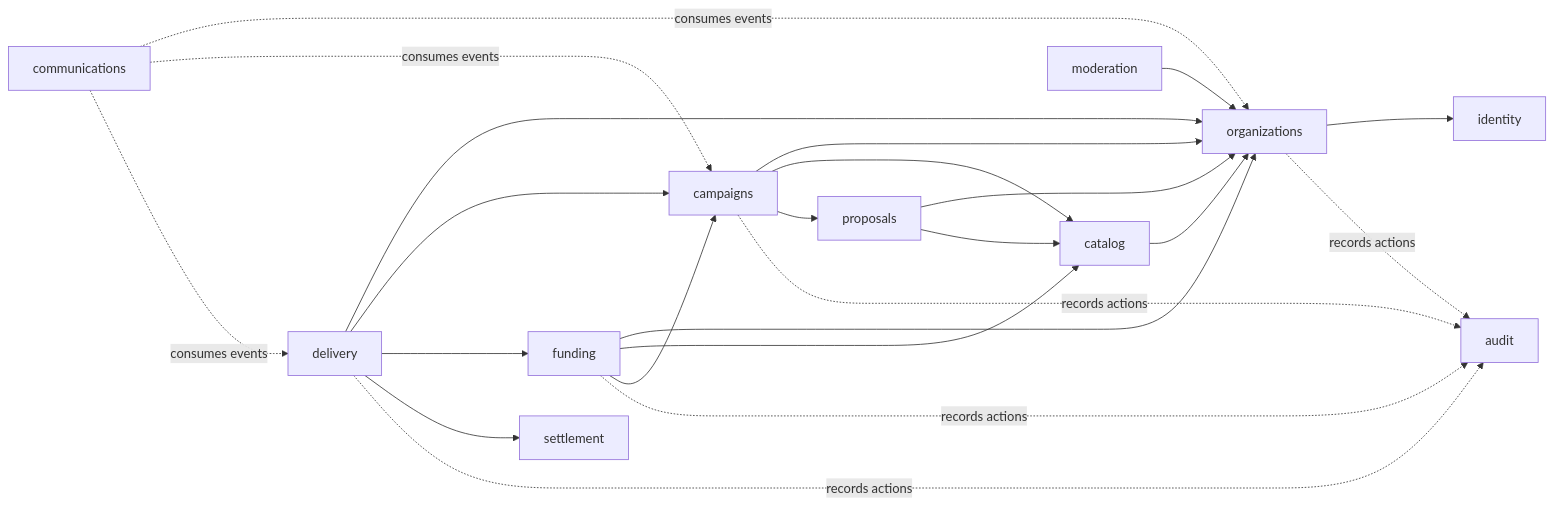
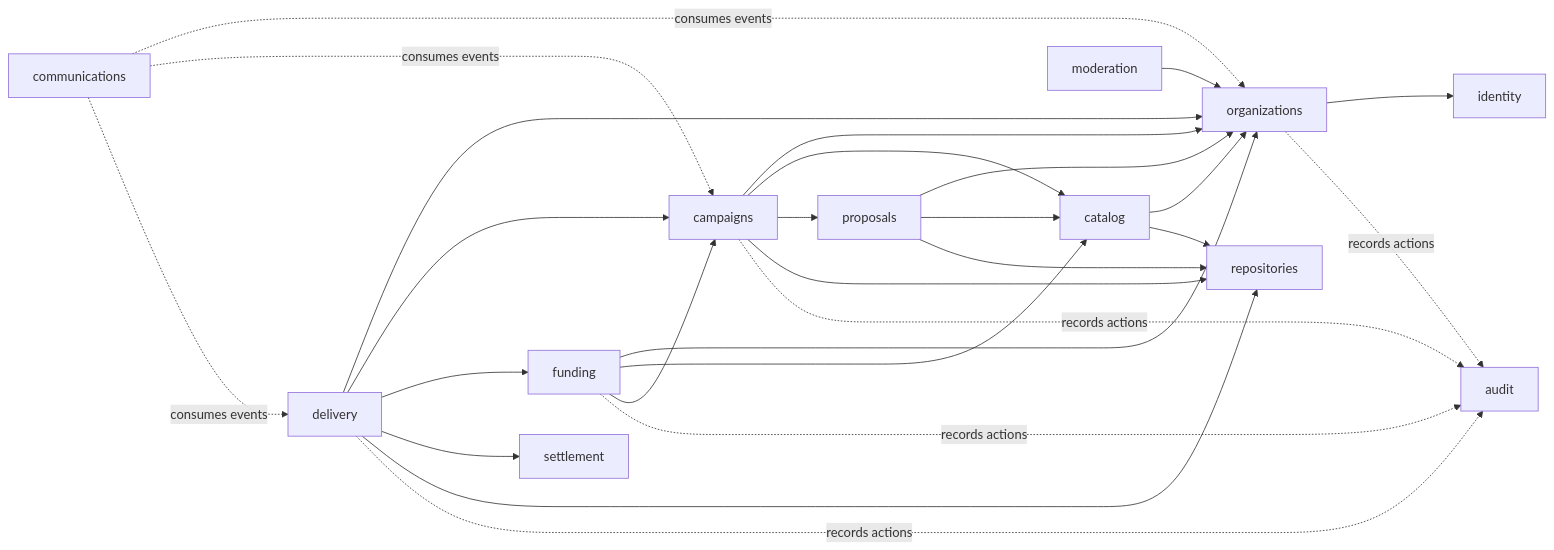
Before and after one commit to sdegroot/bloei.me: the third of 6 diagrams in solution-architecture.md, drawn with Mermaid. The commit also changed other lines of this file and 6 other files, not shown here.

````diff
--- a/solution-architecture.md
+++ b/solution-architecture.md
@@ -179,37 +186,42 @@
 ```mermaid
 flowchart LR
     identity[identity]
     organizations[organizations]
     catalog[catalog]
     proposals[proposals]
     campaigns[campaigns]
     funding[funding]
     delivery[delivery]
     settlement[settlement]
     moderation[moderation]
+    repositories[repositories]
     communications[communications]
     audit[audit]
 
     organizations --> identity
     catalog --> organizations
+    catalog --> repositories
     proposals --> organizations
     proposals --> catalog
+    proposals --> repositories
     campaigns --> organizations
     campaigns --> catalog
     campaigns --> proposals
+    campaigns --> repositories
     funding --> organizations
     funding --> catalog
     funding --> campaigns
     delivery --> organizations
     delivery --> campaigns
     delivery --> funding
     delivery --> settlement
+    delivery --> repositories
     moderation --> organizations
     communications -. consumes events .-> organizations
     communications -. consumes events .-> campaigns
     communications -. consumes events .-> delivery
     organizations -. records actions .-> audit
     campaigns -. records actions .-> audit
     funding -. records actions .-> audit
     delivery -. records actions .-> audit
 ```
````
